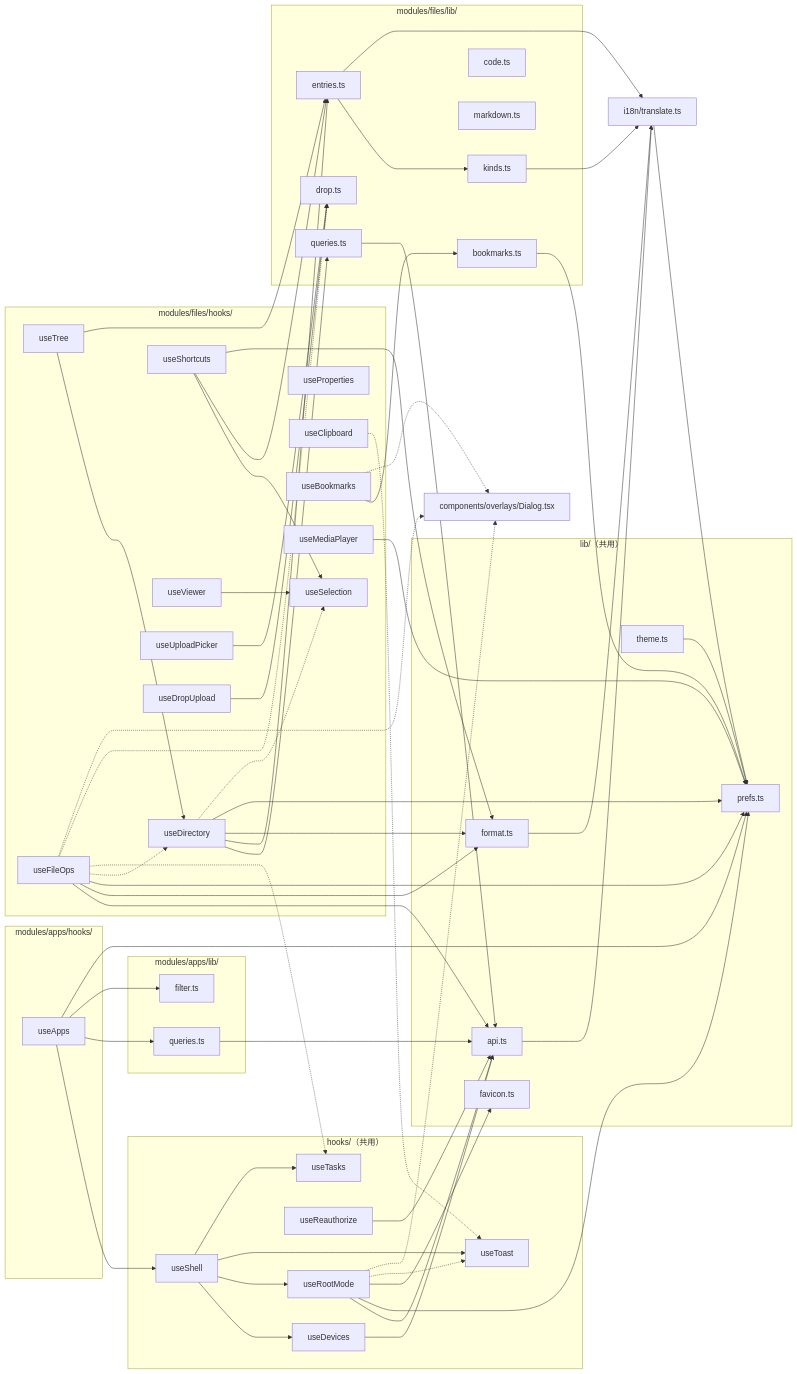
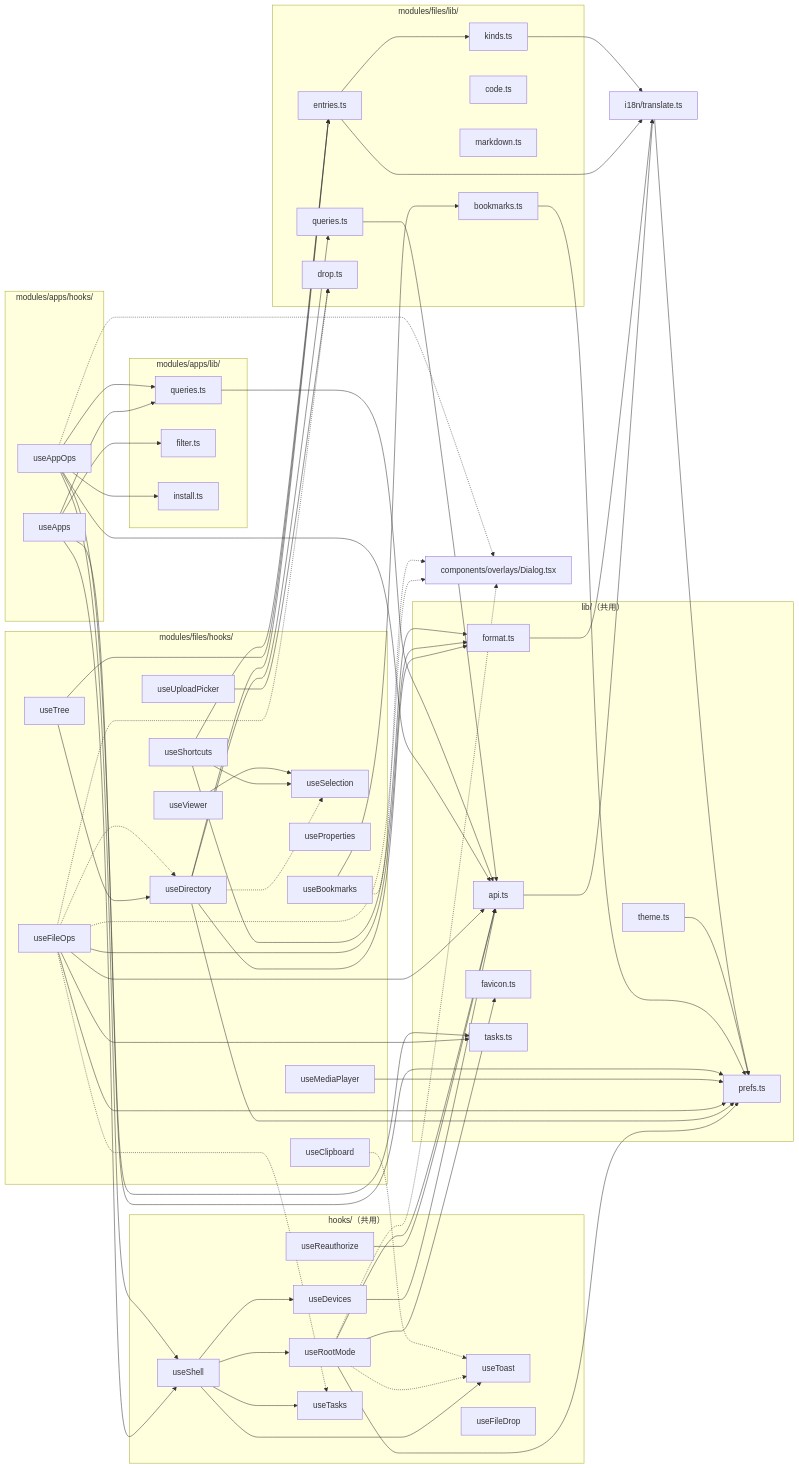
One commit to wynnyu/adb-file-manager changed the sixth of 13 diagrams in docs/architecture.md. Above: the diagram before and after it, drawn with Mermaid. The commit also changed other lines of this file and 4 other files, not shown here.

Commit message:
Document app actions, install and critical package confirmation

```diff
--- a/docs/architecture.md
+++ b/docs/architecture.md
@@ -272,6 +277,7 @@
     useRootMode
     useTasks
     useToast
+    useFileDrop
   end
 
   subgraph filesHooks["modules/files/hooks/"]
@@ -286,11 +292,11 @@
     useViewer
     useMediaPlayer
     useUploadPicker
-    useDropUpload
   end
 
   subgraph appsHooks["modules/apps/hooks/"]
     useApps
+    useAppOps
   end
 
   subgraph lib["lib/（共用）"]
@@ -299,6 +305,7 @@
     prefs["prefs.ts"]
     theme["theme.ts"]
     favicon["favicon.ts"]
+    tasks["tasks.ts"]
   end
 
   subgraph filesLib["modules/files/lib/"]
@@ -314,6 +321,7 @@
   subgraph appsLib["modules/apps/lib/"]
     appsQueries["queries.ts"]
     appsFilter["filter.ts"]
+    appsInstall["install.ts"]
   end
 
   translate["i18n/translate.ts"]
@@ -353,12 +361,18 @@
   useViewer --> useSelection
   useMediaPlayer --> prefs
   useUploadPicker --> drop
-  useDropUpload --> drop
+  useFileOps --> tasks
 
   useApps --> useShell
   useApps --> appsQueries
   useApps --> appsFilter
   useApps --> prefs
+  useAppOps --> useShell
+  useAppOps --> api
+  useAppOps --> tasks
+  useAppOps --> appsQueries
+  useAppOps --> appsInstall
+  useAppOps -.-> Dialog
   appsQueries --> api
   queries --> api
   api --> translate
```
